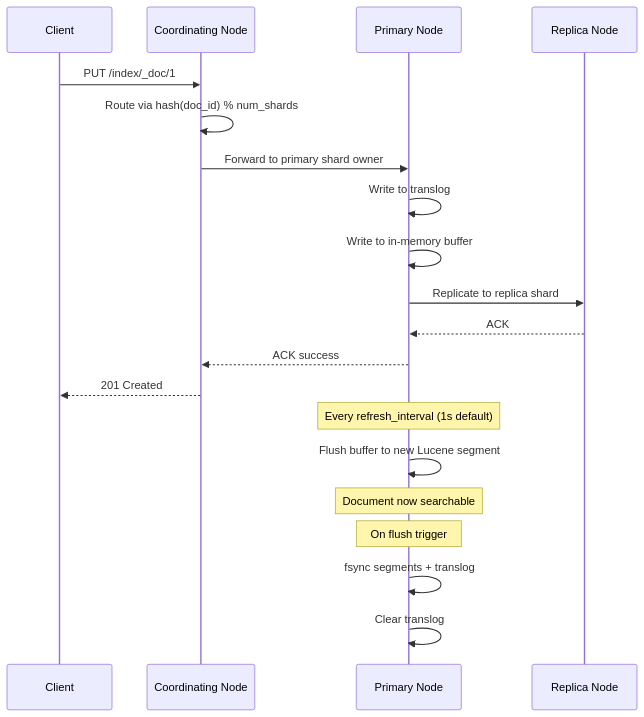
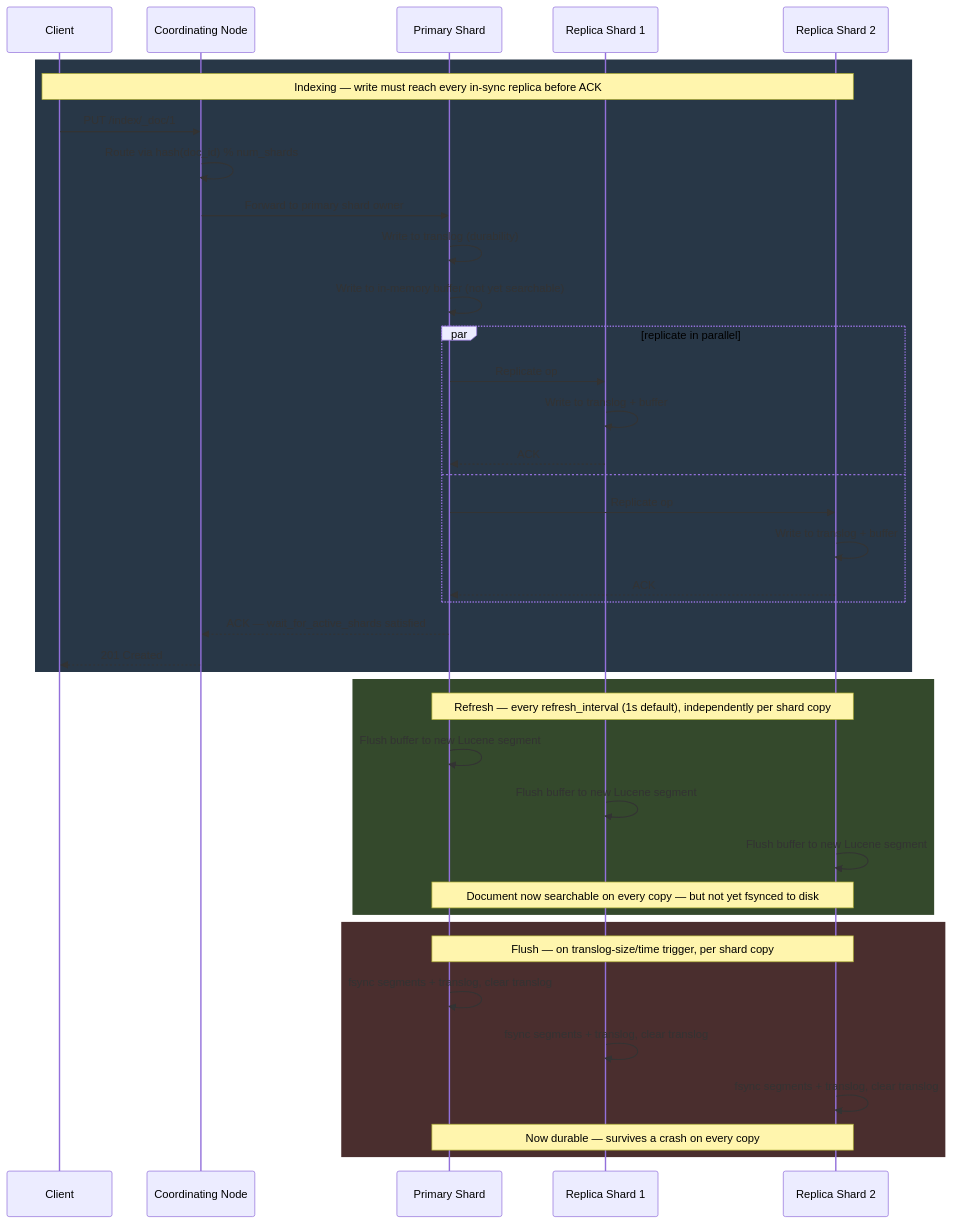
Before and after one commit to deepanshu-rawat6/DevOpsIndex: the third of 5 diagrams in databases/elasticsearch-internals.md, drawn with Mermaid. The commit also changed other lines of this file and 7 other files, not shown here.

````diff
--- a/databases/elasticsearch-internals.md
+++ b/databases/elasticsearch-internals.md
@@ -130,25 +213,44 @@
 ```mermaid
 sequenceDiagram
     participant C as Client
     participant CN as Coordinating Node
-    participant PN as Primary Node
-    participant RN as Replica Node
+    participant PN as Primary Shard
+    participant R1 as Replica Shard 1
+    participant R2 as Replica Shard 2
 
+    rect rgb(40, 55, 71)
+    Note over C,R2: Indexing — write must reach every in-sync replica before ACK
     C->>CN: PUT /index/_doc/1
     CN->>CN: Route via hash(doc_id) % num_shards
     CN->>PN: Forward to primary shard owner
-    PN->>PN: Write to translog
-    PN->>PN: Write to in-memory buffer
-    PN->>RN: Replicate to replica shard
-    RN-->>PN: ACK
-    PN-->>CN: ACK success
+    PN->>PN: Write to translog (durability)
+    PN->>PN: Write to in-memory buffer (not yet searchable)
+    par replicate in parallel
+        PN->>R1: Replicate op
+        R1->>R1: Write to translog + buffer
+        R1-->>PN: ACK
+    and
+        PN->>R2: Replicate op
+        R2->>R2: Write to translog + buffer
+        R2-->>PN: ACK
+    end
+    PN-->>CN: ACK — wait_for_active_shards satisfied
     CN-->>C: 201 Created
+    end
 
-    Note over PN: Every refresh_interval (1s default)
+    rect rgb(52, 73, 44)
+    Note over PN,R2: Refresh — every refresh_interval (1s default), independently per shard copy
     PN->>PN: Flush buffer to new Lucene segment
-    Note over PN: Document now searchable
+    R1->>R1: Flush buffer to new Lucene segment
+    R2->>R2: Flush buffer to new Lucene segment
+    Note over PN,R2: Document now searchable on every copy — but not yet fsynced to disk
+    end
 
-    Note over PN: On flush trigger
-    PN->>PN: fsync segments + translog
-    PN->>PN: Clear translog
+    rect rgb(74, 46, 46)
+    Note over PN,R2: Flush — on translog-size/time trigger, per shard copy
+    PN->>PN: fsync segments + translog, clear translog
+    R1->>R1: fsync segments + translog, clear translog
+    R2->>R2: fsync segments + translog, clear translog
+    Note over PN,R2: Now durable — survives a crash on every copy
+    end
 ```
````
